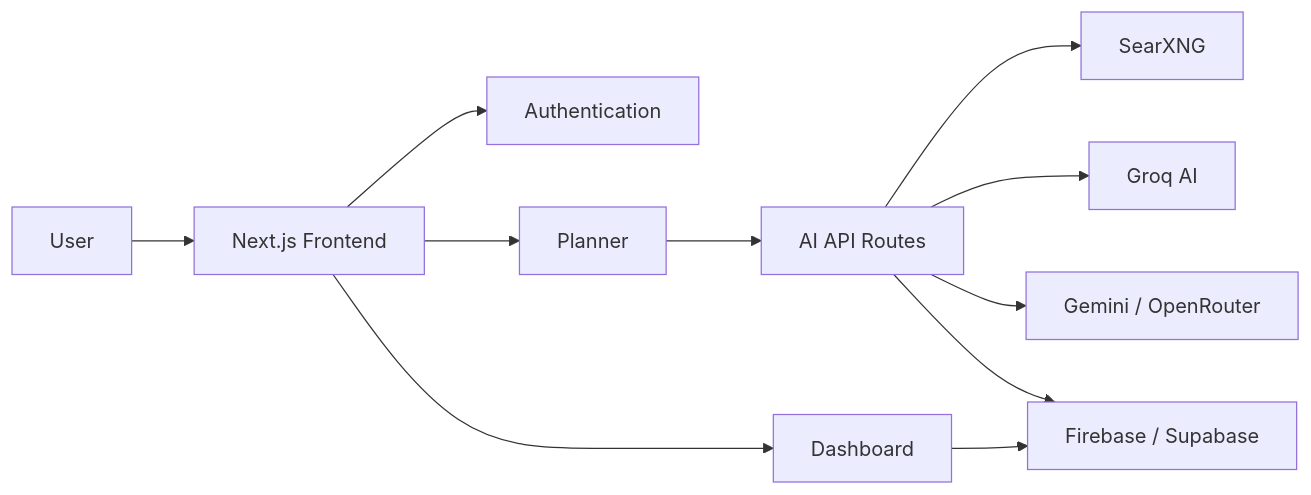
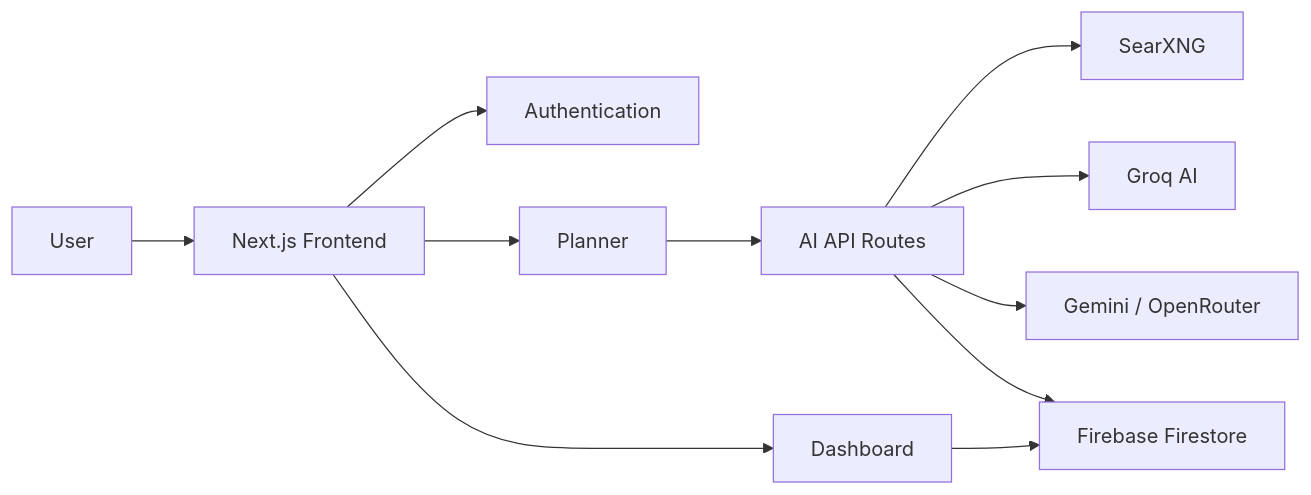
The diagram in PROJECT_DOCUMENTATION.md (Bvs2006/TorusAi), drawn with Mermaid before and after one commit. The commit also changed other lines of this file and 51 other files, not shown here.

First line of the commit message:
Migrate from Supabase to Firebase, major UI overhaul, add documentation

````diff
--- a/PROJECT_DOCUMENTATION.md
+++ b/PROJECT_DOCUMENTATION.md
@@ -51,13 +51,13 @@
 ```mermaid
 flowchart LR
     User["User"] --> Frontend["Next.js Frontend"]
     Frontend --> Auth["Authentication"]
     Frontend --> Planner["Planner"]
     Frontend --> Dashboard["Dashboard"]
     Planner --> API["AI API Routes"]
     API --> Search["SearXNG"]
     API --> Groq["Groq AI"]
     API --> Fallbacks["Gemini / OpenRouter"]
-    API --> Database["Firebase / Supabase"]
+    API --> Database["Firebase Firestore"]
     Dashboard --> Database
 ```
````
